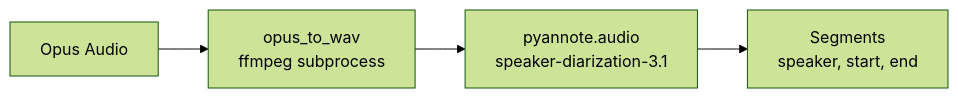
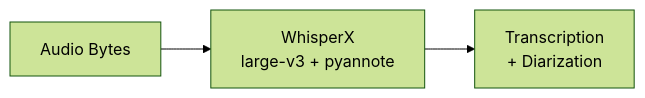
Before and after one commit to dlgreenwald/lifelog: the sixth of 9 diagrams in ARCHITECTURE.md, drawn with Mermaid (forest theme). The commit also changed other lines of this file and 4 other files, not shown here.

First line of the commit message:
docs: update all documentation for current architecture

````diff
--- a/ARCHITECTURE.md
+++ b/ARCHITECTURE.md
@@ -578,6 +603,5 @@
 ```mermaid
 graph LR
-    AUDIO[Opus Audio] --> CONVERT[opus_to_wav<br/>ffmpeg subprocess]
-    CONVERT --> PIPELINE[pyannote.audio<br/>speaker-diarization-3.1]
-    PIPELINE --> SEGMENTS[Segments<br/>speaker, start, end]
+    AUDIO[Audio Bytes] --> WHISPERX[WhisperX<br/>large-v3 + pyannote]
+    WHISPERX --> RESULT[Transcription<br/>+ Diarization]
 ```
````
